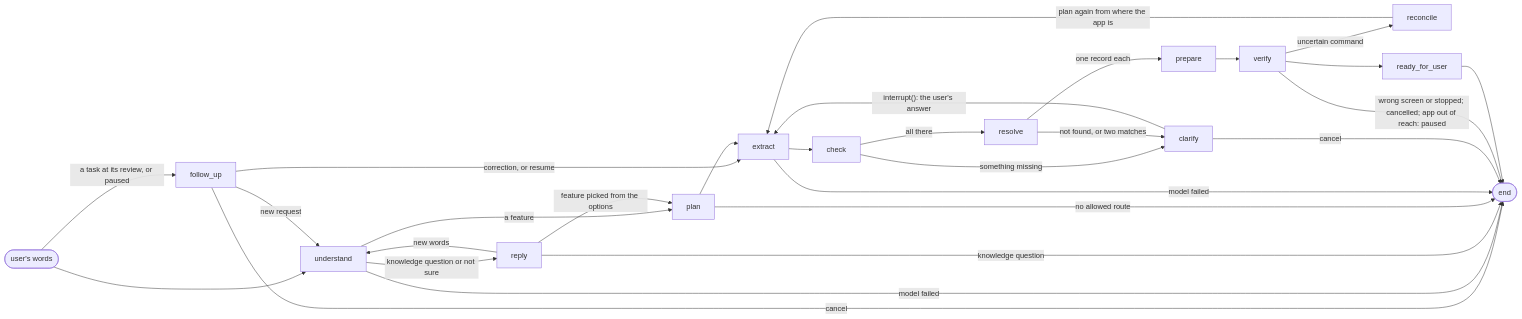
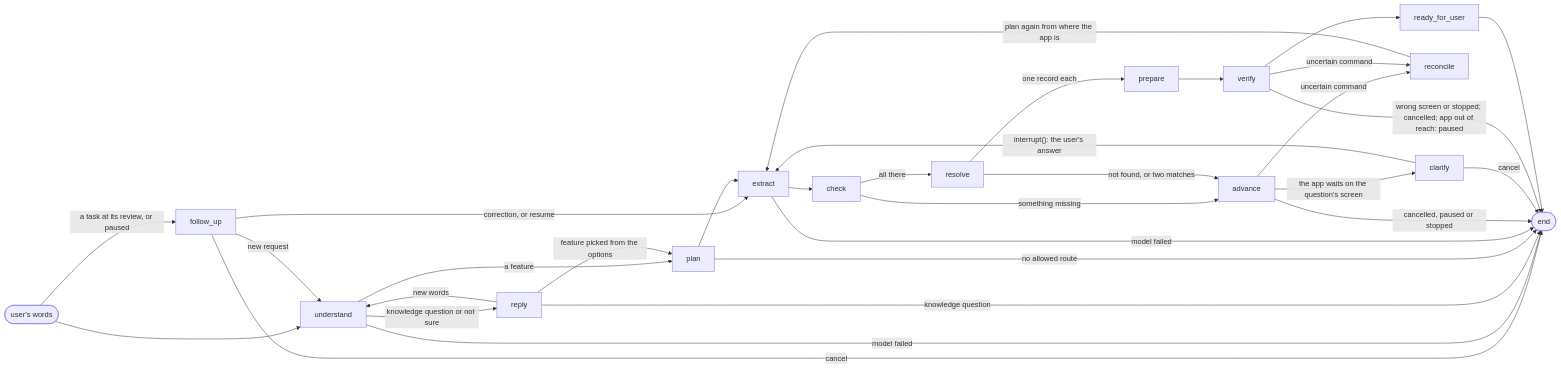
The diagram in docs/bridge/agent.md (Hooman1996/RagBot-Assistant), drawn with Mermaid before and after one commit. The commit also changed other lines of this file and 16 other files, not shown here.

````diff
--- a/docs/bridge/agent.md
+++ b/docs/bridge/agent.md
@@ -19,30 +19,33 @@
 ```mermaid
 flowchart LR
     start([user's words]) --> understand
     start -->|"a task at its review, or paused"| follow_up
     follow_up -->|correction, or resume| extract
     follow_up -->|new request| understand
     follow_up -->|cancel| stop
     understand -->|a feature| plan
     understand -->|knowledge question or not sure| reply
     understand -->|model failed| stop([end])
     reply -->|feature picked from the options| plan
     reply -->|new words| understand
     reply -->|knowledge question| stop
     plan -->|no allowed route| stop
     plan --> extract
     extract -->|model failed| stop
     extract --> check
-    check -->|something missing| clarify
+    check -->|something missing| advance
     check -->|all there| resolve
+    advance -->|the app waits on the question's screen| clarify
+    advance -->|cancelled, paused or stopped| stop
+    advance -->|uncertain command| reconcile
     clarify -->|"interrupt(): the user's answer"| extract
     clarify -->|cancel| stop
-    resolve -->|not found, or two matches| clarify
+    resolve -->|not found, or two matches| advance
     resolve -->|one record each| prepare
     prepare --> verify
     verify -->|wrong screen or stopped; cancelled; app out of reach: paused| stop
     verify -->|uncertain command| reconcile
     reconcile -->|plan again from where the app is| extract
     verify --> ready[ready_for_user]
     ready --> stop
 ```
````
